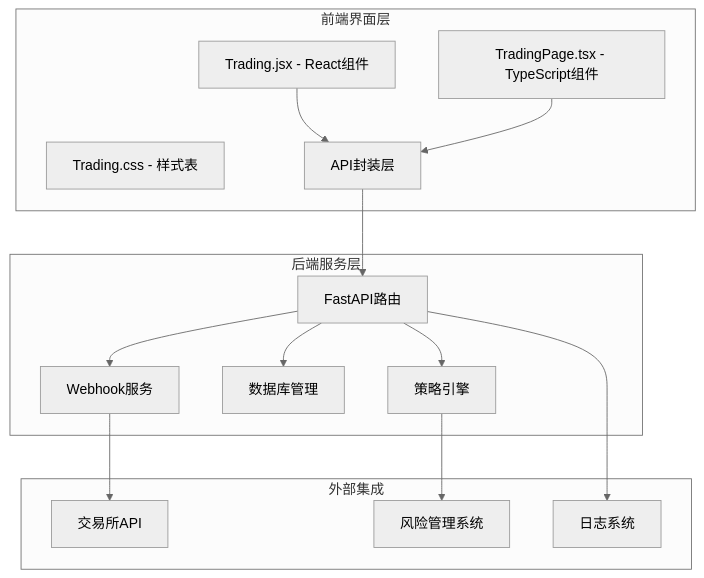
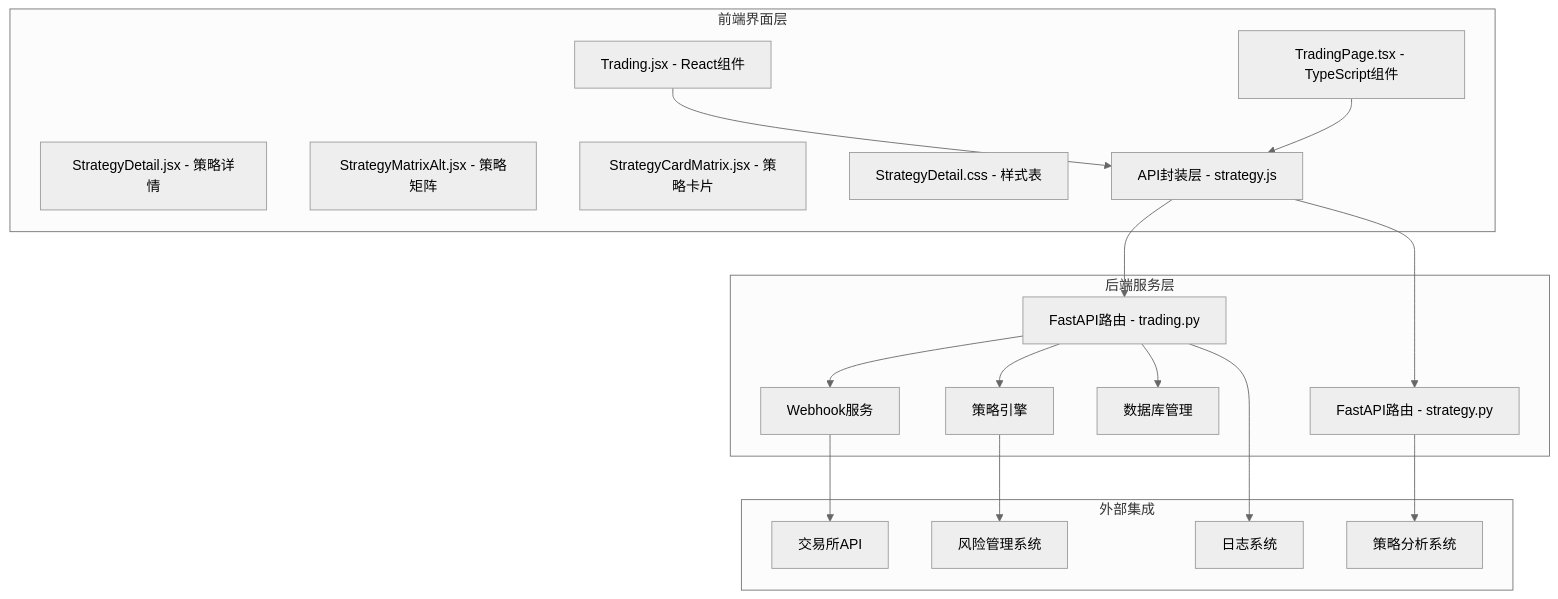
One commit to zyf266/ending changed the first of 9 diagrams in .qoder/repowiki/zh/content/可视化界面/交易控制界面.md. Above: the diagram before and after it, drawn with Mermaid (neutral theme). The commit also changed other lines of this file and 63 other files, not shown here.

````diff
--- a/.qoder/repowiki/zh/content/可视化界面/交易控制界面.md
+++ b/.qoder/repowiki/zh/content/可视化界面/交易控制界面.md
@@ -34,29 +44,36 @@
 ```mermaid
 graph TB
 subgraph "前端界面层"
 A[Trading.jsx - React组件]
 B[TradingPage.tsx - TypeScript组件]
-C[Trading.css - 样式表]
-D[API封装层]
+C[StrategyDetail.jsx - 策略详情]
+D[StrategyMatrixAlt.jsx - 策略矩阵]
+E[StrategyCardMatrix.jsx - 策略卡片]
+F[StrategyDetail.css - 样式表]
+G[API封装层 - strategy.js]
 end
 subgraph "后端服务层"
-E[FastAPI路由]
-F[Webhook服务]
-G[数据库管理]
-H[策略引擎]
+H[FastAPI路由 - trading.py]
+I[FastAPI路由 - strategy.py]
+J[Webhook服务]
+K[数据库管理]
+L[策略引擎]
 end
 subgraph "外部集成"
-I[交易所API]
-J[风险管理系统]
-K[日志系统]
+M[交易所API]
+N[风险管理系统]
+O[日志系统]
+P[策略分析系统]
 end
-A --> D
-B --> D
-D --> E
-E --> F
-E --> G
-E --> H
-F --> I
+A --> G
+B --> G
+G --> H
+G --> I
 H --> J
-E --> K
+H --> K
+H --> L
+I --> P
+J --> M
+L --> N
+H --> O
 ```
````
